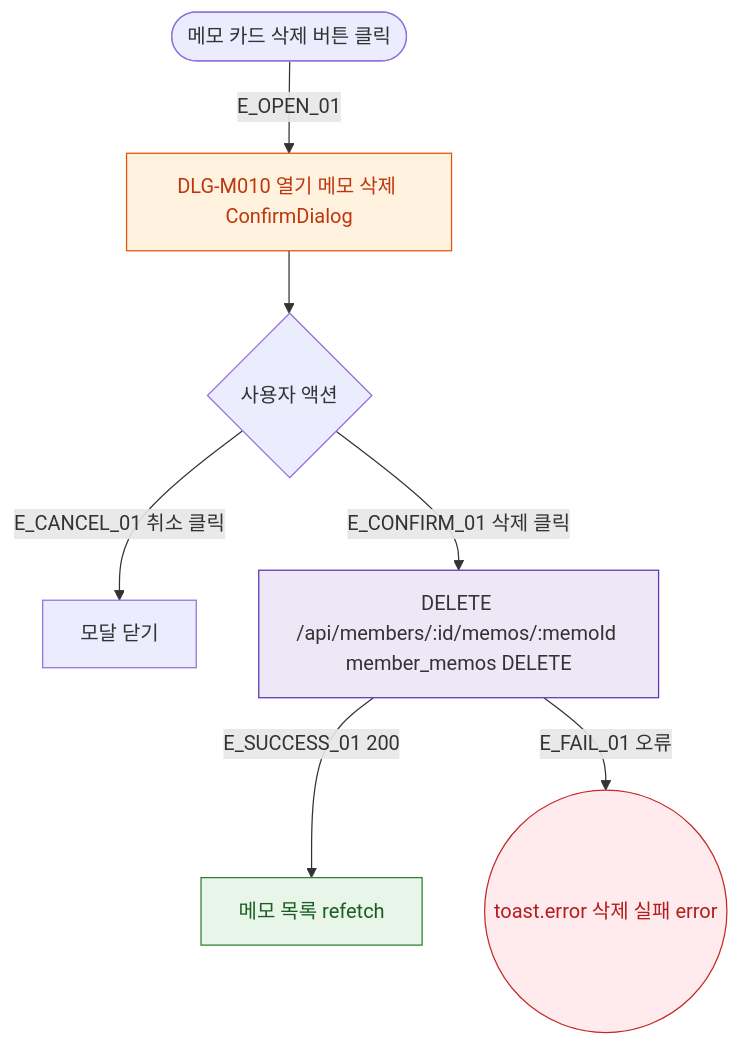
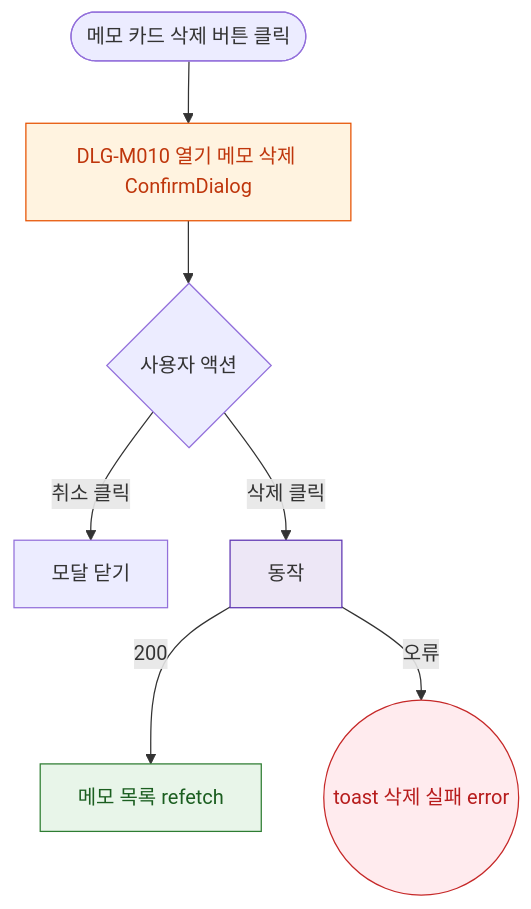
The diagram in docs/다이어그램/D02_회원관리/DLG/DLG-M010_메모삭제/M1_생명주기.md (dev-spogym/admin-pando), drawn with Mermaid before and after one commit. The commit also changed other lines of this file and 1660 other files, not shown here.

First line of the commit message:
다이어그램: 기획자/클라이언트 납품본으로 정리

````diff
--- a/docs/다이어그램/D02_회원관리/DLG/DLG-M010_메모삭제/M1_생명주기.md
+++ b/docs/다이어그램/D02_회원관리/DLG/DLG-M010_메모삭제/M1_생명주기.md
@@ -22,24 +20,24 @@
 ```mermaid
 flowchart TD
   TRIGGER([메모 카드 삭제 버튼 클릭])
 
-  TRIGGER -->|E_OPEN_01| DLG_OPEN[DLG-M010 열기 메모 삭제 ConfirmDialog]
+  TRIGGER --> DLG_OPEN[DLG-M010 열기 메모 삭제 ConfirmDialog]
 
   DLG_OPEN --> USER_ACT{사용자 액션}
 
-  USER_ACT -->|E_CANCEL_01 취소 클릭| CLOSE[모달 닫기]
-  USER_ACT -->|E_CONFIRM_01 삭제 클릭| API_CALL[DELETE /api/members/:id/memos/:memoId member_memos DELETE]
+  USER_ACT -->|취소 클릭|CLOSE[모달 닫기]
+  USER_ACT -->|삭제 클릭|API_CALL[동작]
 
-  API_CALL -->|E_SUCCESS_01 200| REFETCH[메모 목록 refetch]
-  API_CALL -->|E_FAIL_01 오류| TOAST_ERR((toast.error 삭제 실패 error))
+  API_CALL -->|200|REFETCH[메모 목록 refetch]
+  API_CALL -->|오류|TOAST_ERR((toast 삭제 실패 error))
 
-  classDef modal   fill:#FFF3E0,stroke:#E65100,color:#BF360C
+  classDef modal fill:#FFF3E0,stroke:#E65100,color:#BF360C
   classDef success fill:#E8F5E9,stroke:#2E7D32,color:#1B5E20
-  classDef error   fill:#FFEBEE,stroke:#C62828,color:#B71C1C
-  classDef system  fill:#EDE7F6,stroke:#5E35B2
+  classDef error fill:#FFEBEE,stroke:#C62828,color:#B71C1C
+  classDef system fill:#EDE7F6,stroke:#5E35B2
 
   class DLG_OPEN modal
   class REFETCH success
   class TOAST_ERR error
   class API_CALL system
 ```
````
